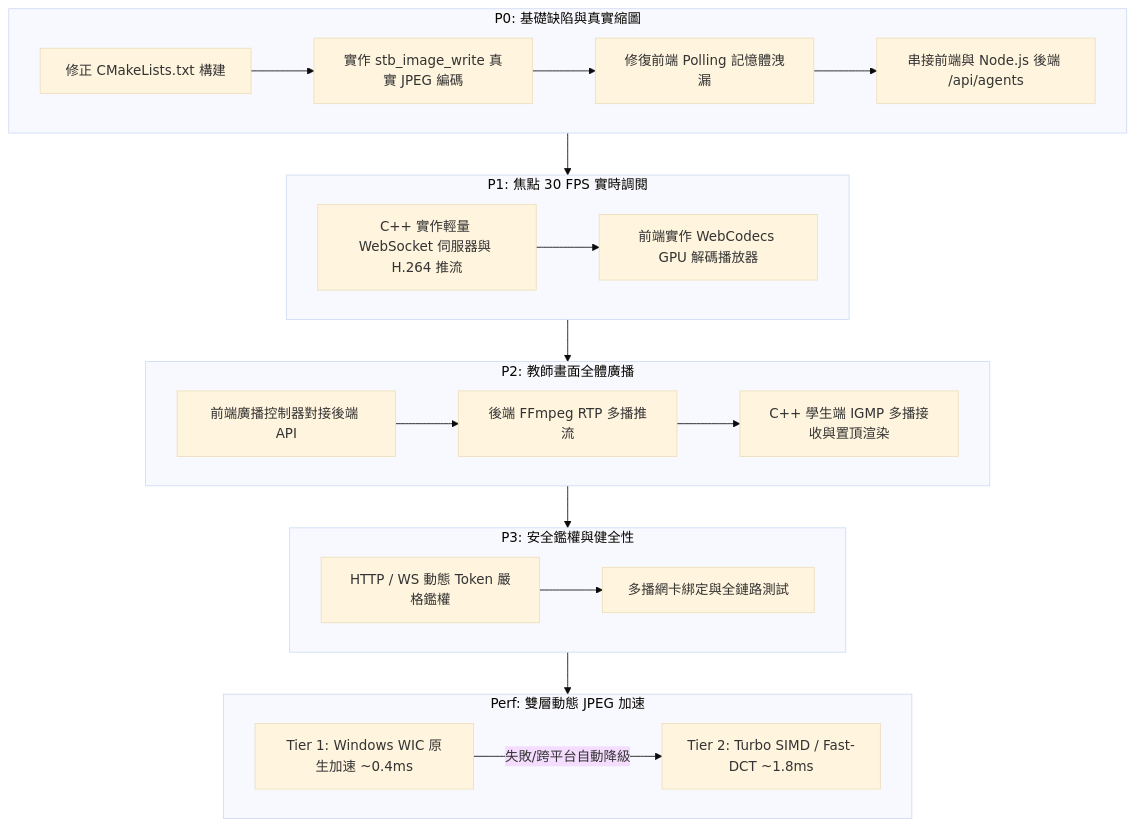
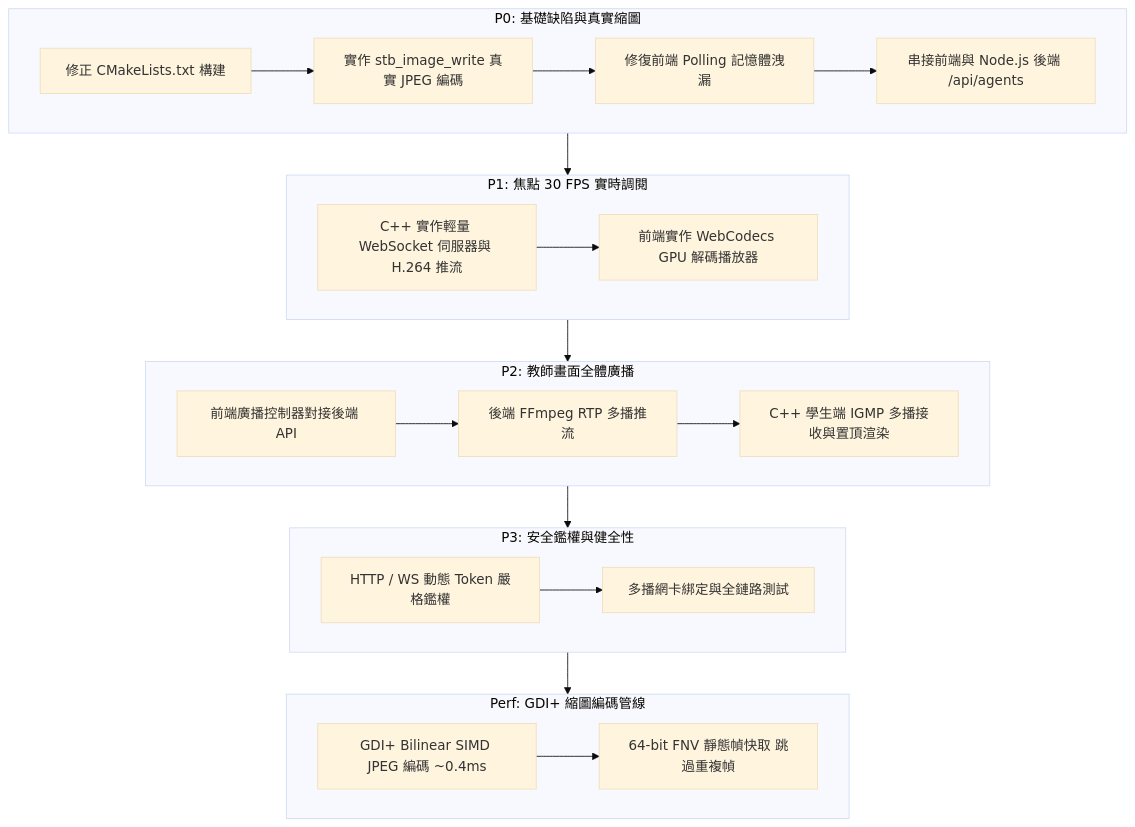
One commit to zzlee/gridsight changed the diagram in docs/roadmap.md. Above: the diagram before and after it, drawn with Mermaid (base theme). The commit also changed other lines of this file and 8 other files, not shown here.

````diff
--- a/docs/roadmap.md
+++ b/docs/roadmap.md
@@ -20,27 +20,27 @@
 ```mermaid
 graph TD
     subgraph P0[P0: 基礎缺陷與真實縮圖]
         P0_1[修正 CMakeLists.txt 構建] --> P0_2[實作 stb_image_write 真實 JPEG 編碼]
         P0_2 --> P0_3[修復前端 Polling 記憶體洩漏]
         P0_3 --> P0_4[串接前端與 Node.js 後端 /api/agents]
     end
 
     subgraph P1[P1: 焦點 30 FPS 實時調閱]
         P1_1[C++ 實作輕量 WebSocket 伺服器與 H.264 推流] --> P1_2[前端實作 WebCodecs GPU 解碼播放器]
     end
 
     subgraph P2[P2: 教師畫面全體廣播]
         P2_1[前端廣播控制器對接後端 API] --> P2_2[後端 FFmpeg RTP 多播推流]
         P2_2 --> P2_3[C++ 學生端 IGMP 多播接收與置頂渲染]
     end
 
     subgraph P3[P3: 安全鑑權與健全性]
         P3_1[HTTP / WS 動態 Token 嚴格鑑權] --> P3_2[多播網卡綁定與全鏈路測試]
     end
 
-    subgraph Perf[Perf: 雙層動態 JPEG 加速]
-        Perf_1[Tier 1: Windows WIC 原生加速 ~0.4ms] -->|失敗/跨平台自動降級| Perf_2[Tier 2: Turbo SIMD / Fast-DCT ~1.8ms]
+    subgraph Perf[Perf: GDI+ 縮圖編碼管線]
+        Perf_1[GDI+ Bilinear SIMD JPEG 編碼 ~0.4ms] --> Perf_2[64-bit FNV 靜態幀快取 跳過重複幀]
     end
 
     P0 --> P1 --> P2 --> P3 --> Perf
 ```
````
